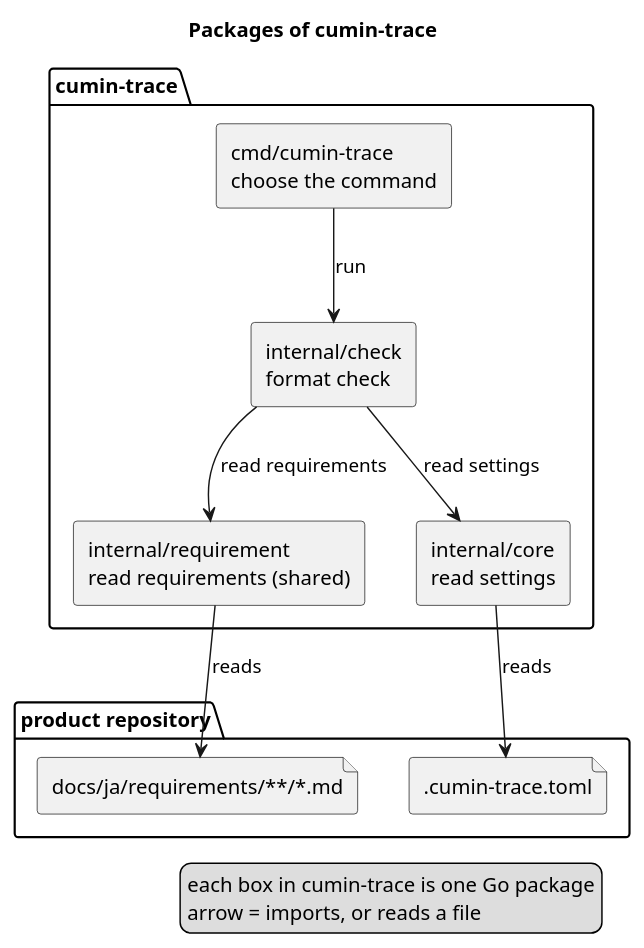
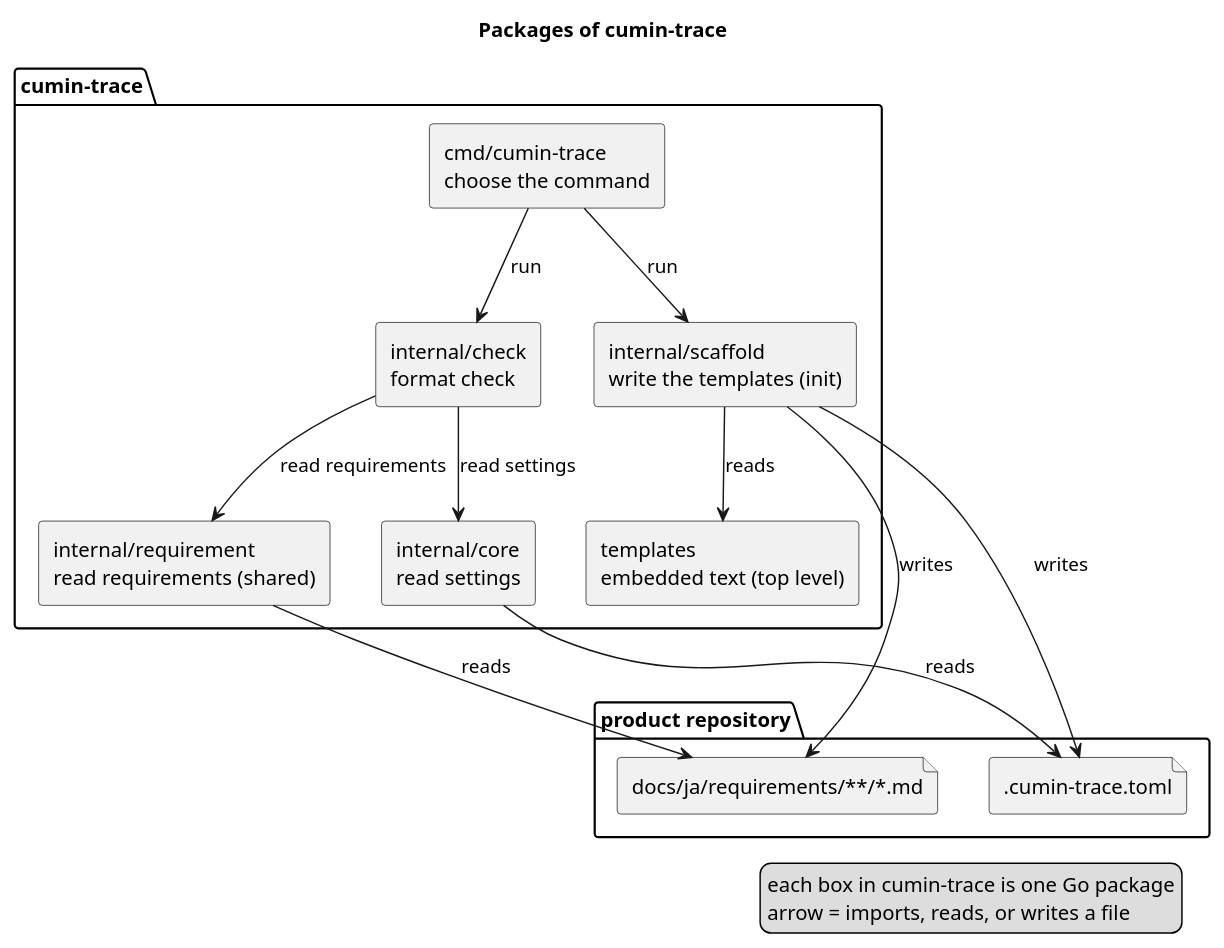
One commit to cloveclovedev/cumin-trace changed the diagram in docs/ja/architecture/overview.puml. Above: the diagram before and after it, drawn with PlantUML. The commit also changed 12 other files, not shown here.

First line of the commit message:
docs(designs): write the design document of cumin-trace init and the files that it writes (#40)

```diff
--- a/docs/ja/architecture/overview.puml
+++ b/docs/ja/architecture/overview.puml
@@ -1,28 +1,34 @@
 @startuml overview
 title Packages of cumin-trace
 skinparam shadowing false
 skinparam componentStyle rectangle
 
 package "product repository" {
   file ".cumin-trace.toml" as toml
   file "docs/ja/requirements/**/*.md" as docs
 }
 
 package "cumin-trace" {
   [cmd/cumin-trace\nchoose the command] as cmd
   [internal/check\nformat check] as check
   [internal/requirement\nread requirements (shared)] as requirement
   [internal/core\nread settings] as core
+  [internal/scaffold\nwrite the templates (init)] as scaffold
+  [templates\nembedded text (top level)] as templates
 }
 
 cmd --> check : run
+cmd --> scaffold : run
+scaffold --> templates : reads
+scaffold --> toml : writes
+scaffold --> docs : writes
 check --> requirement : read requirements
 check --> core : read settings
 core --> toml : reads
 requirement --> docs : reads
 
 legend right
   each box in cumin-trace is one Go package
-  arrow = imports, or reads a file
+  arrow = imports, reads, or writes a file
 endlegend
 @enduml
```
